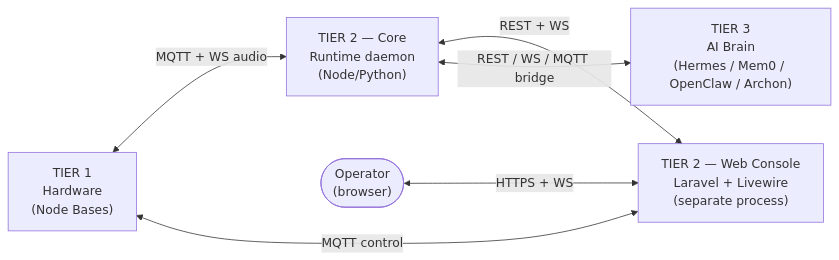
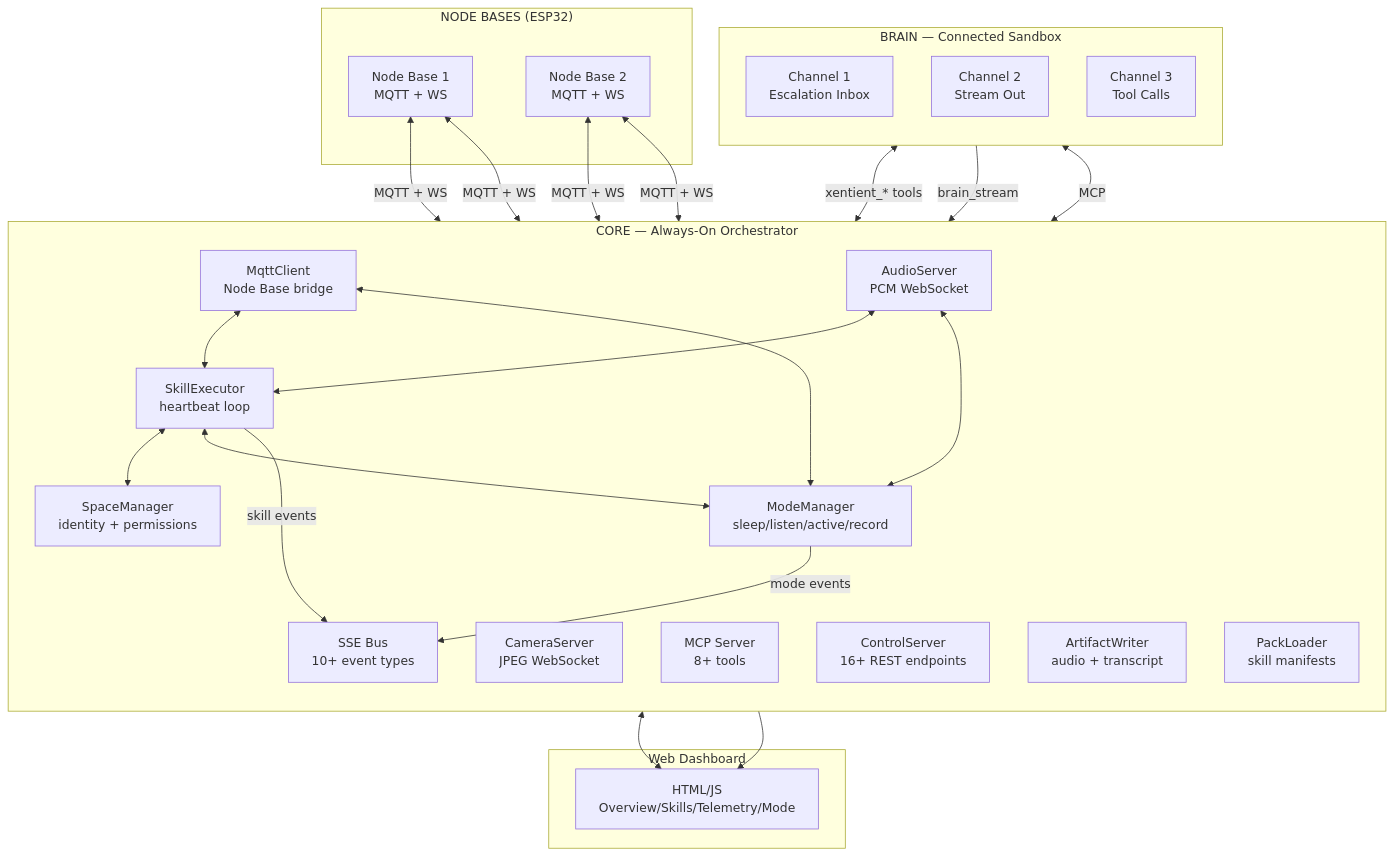
The first of 8 diagrams in docs/ARCHITECTURE.md (daviddatuX25/Xentient), drawn with Mermaid before and after one commit. The commit also changed other lines of this file and 25 other files, not shown here.

````diff
--- a/docs/ARCHITECTURE.md
+++ b/docs/ARCHITECTURE.md
@@ -13,14 +11,44 @@
 ```mermaid
-flowchart LR
-    T1["TIER 1<br/>Hardware<br/>(Node Bases)"]
-    T2C["TIER 2 — Core<br/>Runtime daemon<br/>(Node/Python)"]
-    T2W["TIER 2 — Web Console<br/>Laravel + Livewire<br/>(separate process)"]
-    T3["TIER 3<br/>AI Brain<br/>(Hermes / Mem0 / OpenClaw / Archon)"]
-    OP(["Operator<br/>(browser)"])
+flowchart TB
+    subgraph CORE["CORE — Always-On Orchestrator"]
+        direction TB
+        SE["SkillExecutor<br/>heartbeat loop"]
+        MM["ModeManager<br/>sleep/listen/active/record"]
+        SM["SpaceManager<br/>identity + permissions"]
+        MC["MqttClient<br/>Node Base bridge"]
+        AS["AudioServer<br/>PCM WebSocket"]
+        CS["CameraServer<br/>JPEG WebSocket"]
+        MCP["MCP Server<br/>8+ tools"]
+        REST["ControlServer<br/>16+ REST endpoints"]
+        SSE["SSE Bus<br/>10+ event types"]
+        AW["ArtifactWriter<br/>audio + transcript"]
+        PL["PackLoader<br/>skill manifests"]
+    end
 
-    T1 <-->|MQTT + WS audio| T2C
-    T2C <-->|REST + WS| T2W
-    T2W <-->|MQTT control| T1
-    T2C <-->|REST / WS / MQTT bridge| T3
-    OP <-->|HTTPS + WS| T2W
+    subgraph NODES["NODE BASES (ESP32)"]
+        NB1["Node Base 1<br/>MQTT + WS"]
+        NB2["Node Base 2<br/>MQTT + WS"]
+    end
+
+    subgraph BRAIN["BRAIN — Connected Sandbox"]
+        direction TB
+        EI["Channel 1<br/>Escalation Inbox"]
+        SO["Channel 2<br/>Stream Out"]
+        TC["Channel 3<br/>Tool Calls"]
+    end
+
+    subgraph DASH["Web Dashboard"]
+        UI["HTML/JS<br/>Overview/Skills/Telemetry/Mode"]
+    end
+
+    NB1 & NB2 <-->|MQTT + WS| MC & AS
+    MC & AS <--> SE & MM
+    SE <--> SM & MM
+    MCP <-->|MCP| EI
+    TC <-->|xentient_* tools| MCP
+    SO -->|brain_stream| SSE
+    SE -->|skill events| SSE
+    MM -->|mode events| SSE
+    REST <--> UI
+    SSE --> UI
 ```
````
